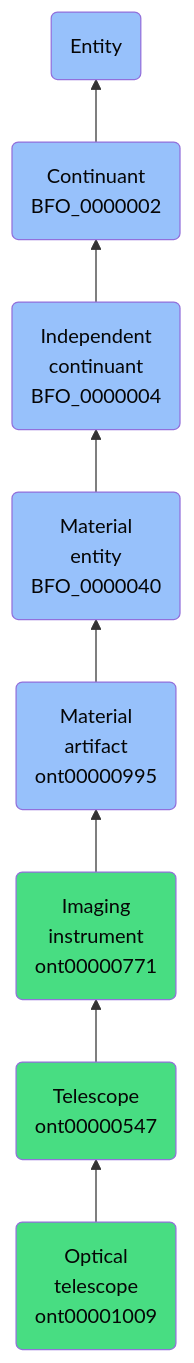
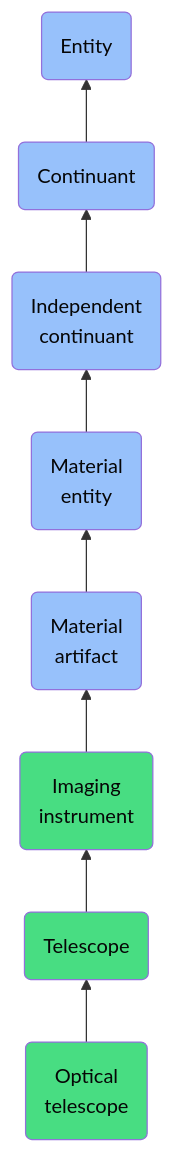
Before and after one commit to jupyter-naas/abi: the diagram in docs/ontology/reference/model/Entity/Continuant/Independent continuant/Material entity/Material artifact/Imaging instrument/Telescope/Optical telescope/Optical telescope.md, drawn with Mermaid. The commit also changed other lines of this file and 1430 other files, not shown here.

````diff
--- a/docs/ontology/reference/model/Entity/Continuant/Independent continuant/Material entity/Material artifact/Imaging instrument/Telescope/Optical telescope/Optical telescope.md
+++ b/docs/ontology/reference/model/Entity/Continuant/Independent continuant/Material entity/Material artifact/Imaging instrument/Telescope/Optical telescope/Optical telescope.md
@@ -24,15 +24,15 @@
 ```mermaid
 graph BT
-    ont00001009(Optical<br>telescope<br>ont00001009):::ABI-->ont00000547
-    ont00000547(Telescope<br>ont00000547):::ABI-->ont00000771
-    ont00000771(Imaging<br>instrument<br>ont00000771):::ABI-->ont00000995
-    ont00000995(Material<br>artifact<br>ont00000995):::BFO-->BFO_0000040
-    BFO_0000040(Material<br>entity<br>BFO_0000040):::BFO-->BFO_0000004
-    BFO_0000004(Independent<br>continuant<br>BFO_0000004):::BFO-->BFO_0000002
-    BFO_0000002(Continuant<br>BFO_0000002):::BFO-->BFO_0000001
+    ont00001009(Optical<br>telescope):::ABI-->ont00000547
+    ont00000547(Telescope):::ABI-->ont00000771
+    ont00000771(Imaging<br>instrument):::ABI-->ont00000995
+    ont00000995(Material<br>artifact):::BFO-->BFO_0000040
+    BFO_0000040(Material<br>entity):::BFO-->BFO_0000004
+    BFO_0000004(Independent<br>continuant):::BFO-->BFO_0000002
+    BFO_0000002(Continuant):::BFO-->BFO_0000001
     BFO_0000001(Entity):::BFO
     
     classDef BFO fill:#97c1fb,color:#060606
     classDef CCO fill:#e4c51e,color:#060606
     classDef ABI fill:#48DD82,color:#060606
 ```
````
